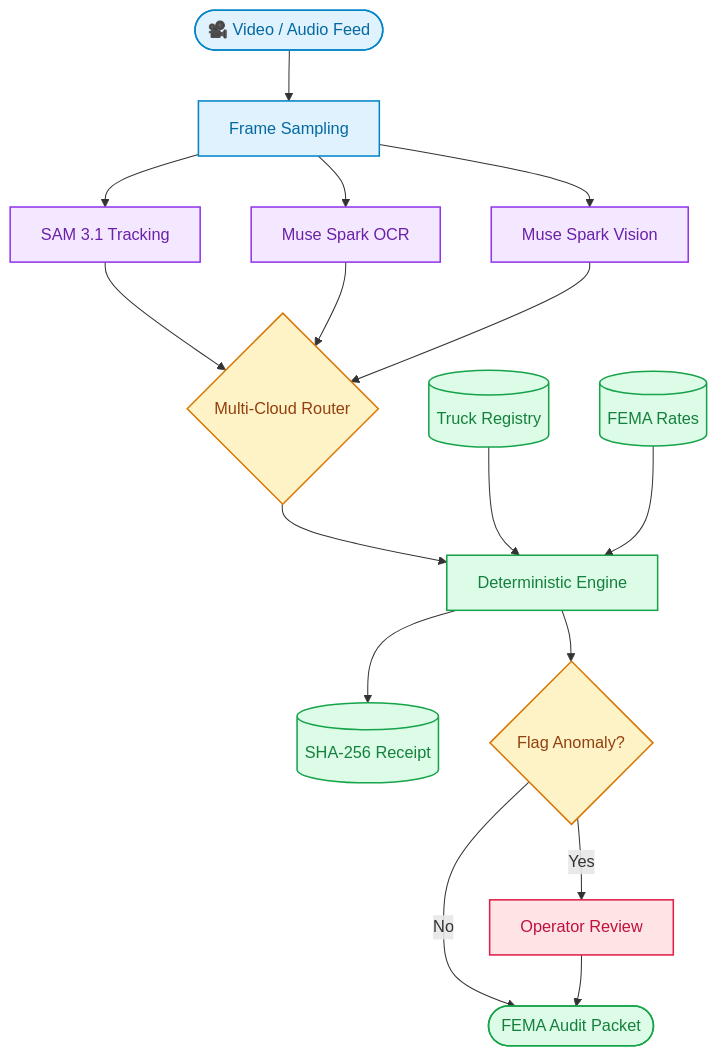
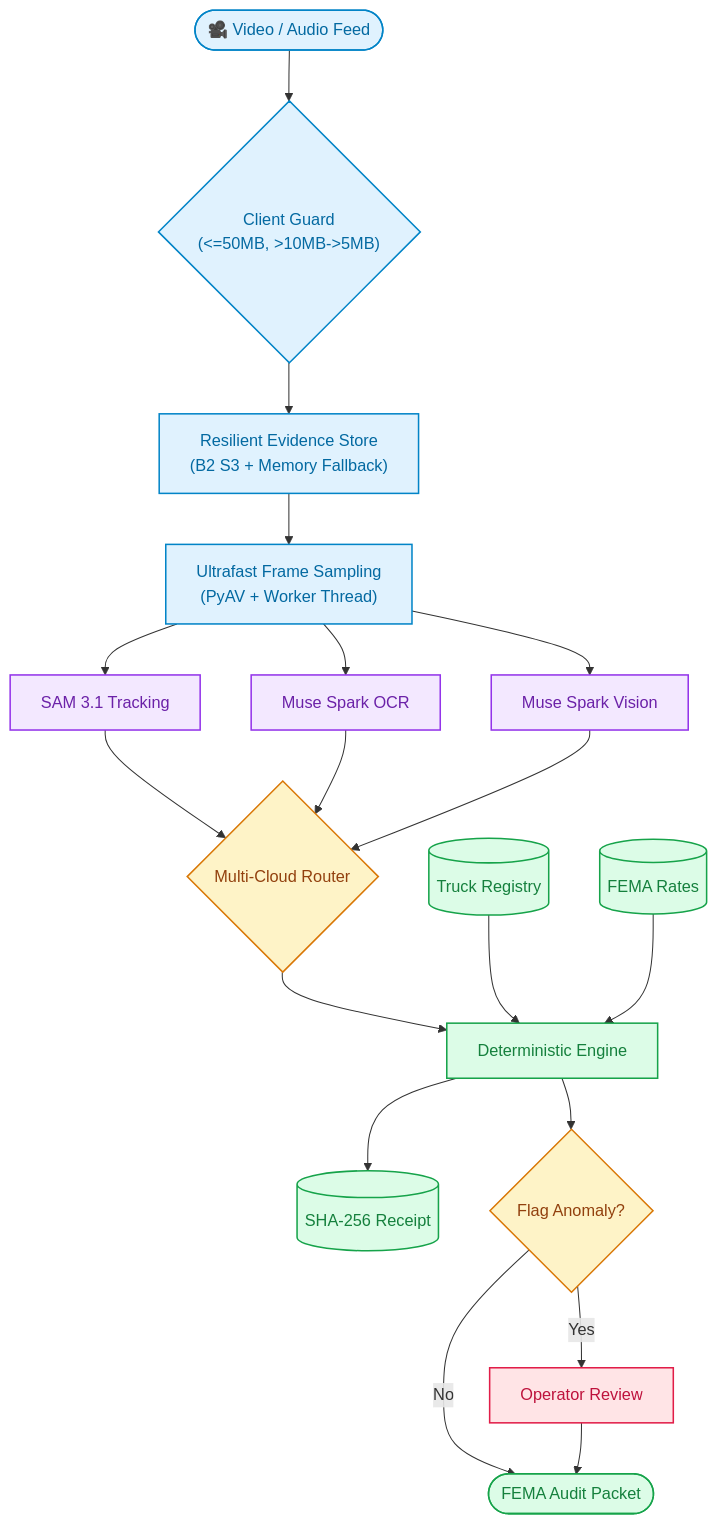
One commit to Skywalkers-24/LoadTruth changed the first of 3 diagrams in Readme.md. Above: the diagram before and after it, drawn with Mermaid. The commit also changed other lines of this file and 29 other files, not shown here.

First line of the commit message:
feat(storage & upload): support offline/quota-hit memory fallback, single-row options, and 50MB upload with 10MB auto-compress

````diff
--- a/Readme.md
+++ b/Readme.md
@@ -98,26 +98,29 @@
 ```mermaid
 flowchart TD
     classDef blue fill:#E0F2FE,stroke:#0284C7,stroke-width:1.5px,color:#0369A1;
     classDef purple fill:#F3E8FF,stroke:#9333EA,stroke-width:1.5px,color:#6B21A8;
     classDef amber fill:#FEF3C7,stroke:#D97706,stroke-width:1.5px,color:#92400E;
     classDef green fill:#DCFCE7,stroke:#16A34A,stroke-width:1.5px,color:#15803D;
     classDef rose fill:#FFE4E6,stroke:#E11D48,stroke-width:1.5px,color:#BE123C;
 
-    cam(["🎥 Video / Audio Feed"]):::blue --> pyav["Frame Sampling"]:::blue
+    cam(["🎥 Video / Audio Feed"]):::blue --> comp{"Client Guard\n(<=50MB, >10MB->5MB)"}:::blue
+    comp --> store["Resilient Evidence Store\n(B2 S3 + Memory Fallback)"]:::blue
+    store --> pyav["Ultrafast Frame Sampling\n(PyAV + Worker Thread)"]:::blue
+
     pyav --> sam["SAM 3.1 Tracking"]:::purple
     pyav --> ocr["Muse Spark OCR"]:::purple
     pyav --> fill["Muse Spark Vision"]:::purple
 
     sam & ocr & fill --> router{"Multi-Cloud Router"}:::amber
     router --> core["Deterministic Engine"]:::green
 
     reg[("Truck Registry")]:::green --> core
     rates[("FEMA Rates")]:::green --> core
 
     core --> receipt[("SHA-256 Receipt")]:::green
     core --> flag{"Flag Anomaly?"}:::amber
 
     flag -- "Yes" --> review["Operator Review"]:::rose
     flag -- "No" --> packet(["FEMA Audit Packet"]):::green
     review --> packet
 ```
````
